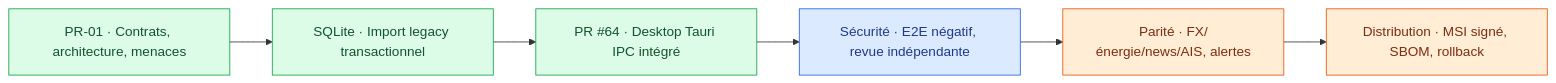
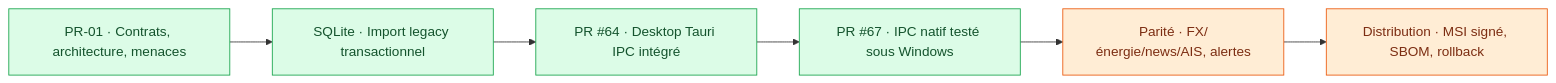
Before and after one commit to suvorovpravda/Pravda-Bot: the third of 3 diagrams in README.md, drawn with Mermaid. The commit also changed other lines of this file, not shown here.

Commit message:
docs(readme): reflect merged native IPC security evidence and permanent CI goals

````diff
--- a/README.md
+++ b/README.md
@@ -221,11 +221,11 @@
 ```mermaid
 flowchart LR
     classDef done fill:#dcfce7,stroke:#16a34a,color:#14532d
     classDef next fill:#dbeafe,stroke:#2563eb,color:#1e3a8a
     classDef pending fill:#ffedd5,stroke:#ea580c,color:#7c2d12
     A["PR-01 · Contrats, architecture, menaces"]:::done --> B["SQLite · Import legacy transactionnel"]:::done
     B --> C["PR #64 · Desktop Tauri IPC intégré"]:::done
-    C --> D["Sécurité · E2E négatif, revue indépendante"]:::next
+    C --> D["PR #67 · IPC natif testé sous Windows"]:::done
     D --> E["Parité · FX/énergie/news/AIS, alertes"]:::pending
     E --> F["Distribution · MSI signé, SBOM, rollback"]:::pending
 ```
````
